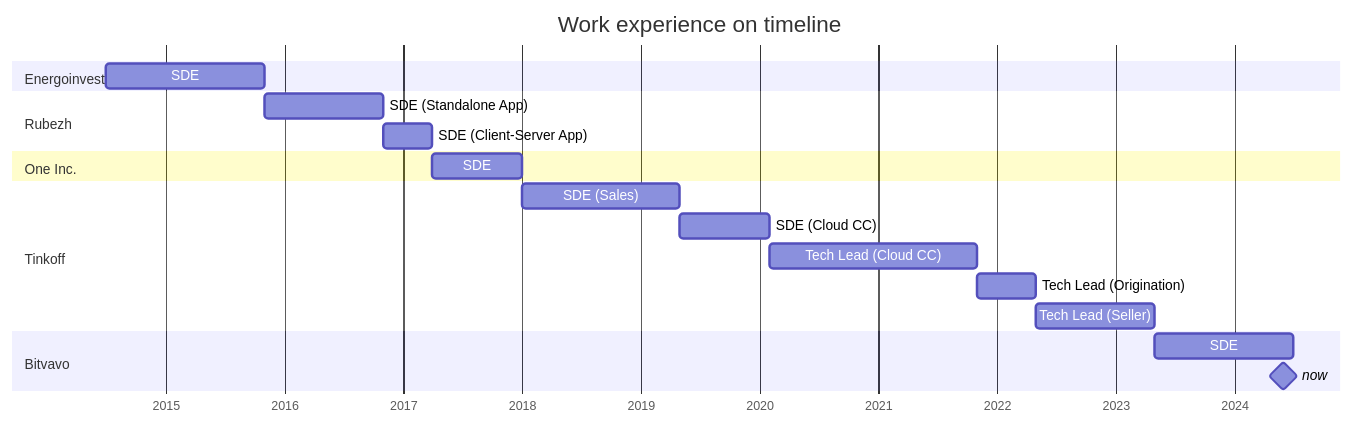
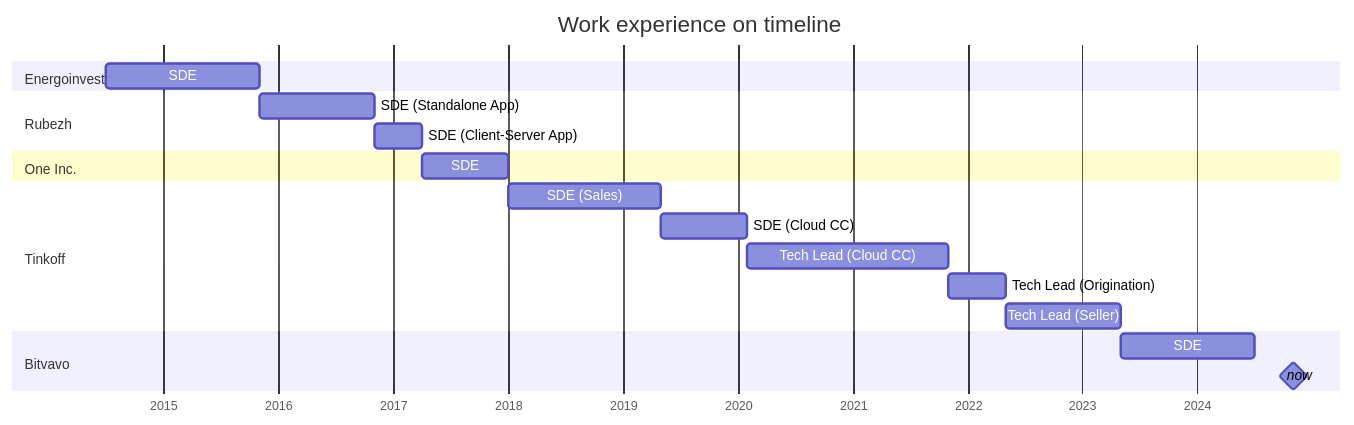
The diagram in cv.md (vladar107/vladar107), drawn with Mermaid before and after one commit. The commit also changed other lines of this file, not shown here.

````diff
--- a/cv.md
+++ b/cv.md
@@ -16,28 +21,28 @@
 ```mermaid
 gantt
     title Work experience on timeline
     dateFormat  YYYY-MM
     axisFormat  %Y
     todayMarker stroke-width:5px, opacity:0.75
     
     section Energoinvest
     SDE                     :sd1, 2014-07, 2015-11
     
     section Rubezh
     SDE (Standalone App)    :sd2, after sd1, 2016-11
     SDE (Client-Server App) :sd3, after sd2, 2017-04
     
     section One Inc.
     SDE                     :sd4, after sd3, 2018-01
     
     section Tinkoff
     SDE (Sales)             :sd5, after sd4, 2019-05
     SDE (Cloud CC)          :sd6, after sd5, 2020-02
     Tech Lead (Cloud CC)    :tl1, after sd6, 2021-11
     Tech Lead (Origination) :tl2, after tl1, 2022-05
     Tech Lead (Seller)      :tl3, after tl2, 2023-05
 
     section Bitvavo
     SDE                     :sd7, after tl3, 2024-07
-    now                     :milestone, 2024-06, 1s
+    now                     :milestone, 2024-11, 1s
 ```
````
